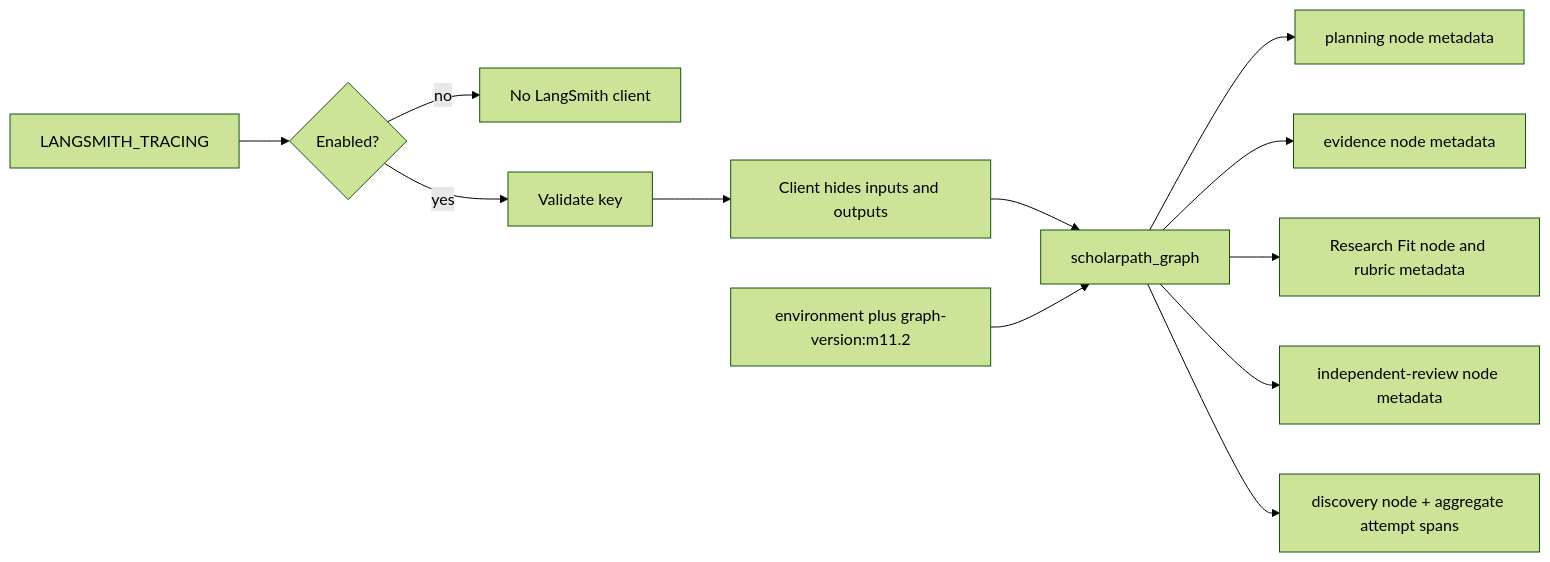
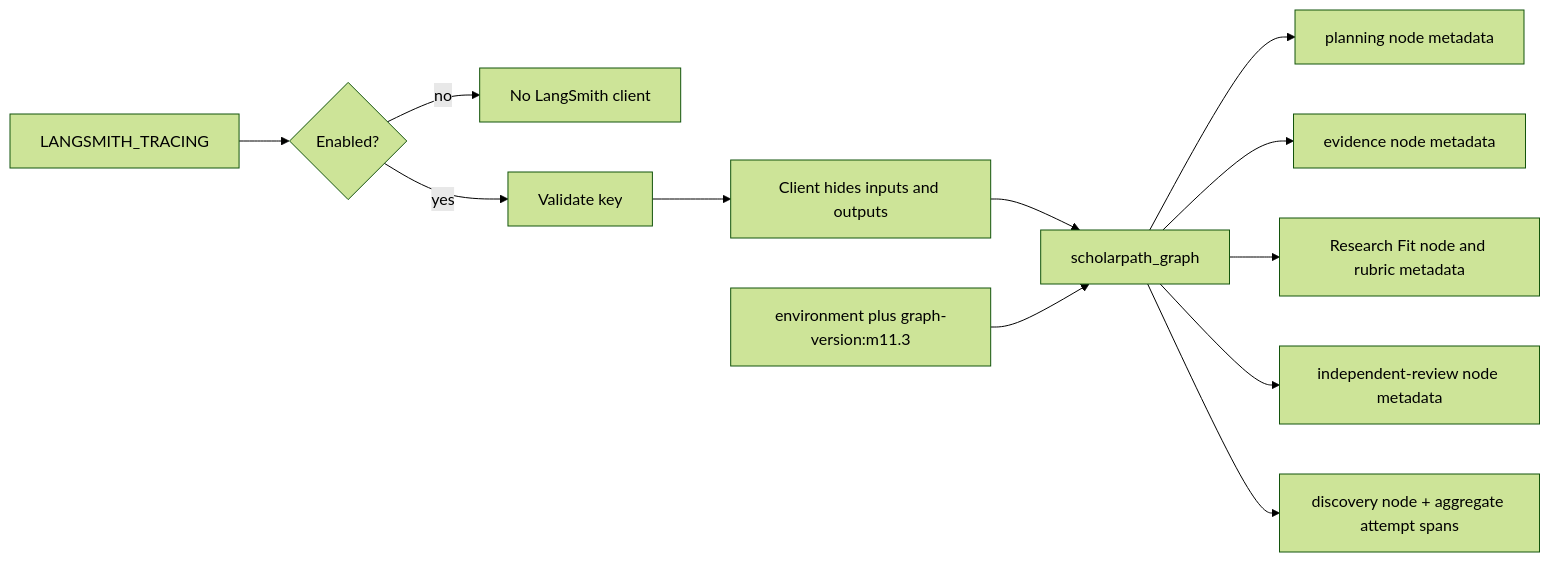
Diagram 21 of 23 in projects/scholar-path/docs/architecture.md (shanly-rajan/ai-builder), drawn with Mermaid (forest theme) before and after one commit. The commit also changed other lines of this file and 13 other files, not shown here.

````diff
--- a/projects/scholar-path/docs/architecture.md
+++ b/projects/scholar-path/docs/architecture.md
@@ -771,14 +829,14 @@
 ```mermaid
 flowchart LR
     Env[LANGSMITH_TRACING] --> Enabled{Enabled?}
     Enabled -->|no| Off[No LangSmith client]
     Enabled -->|yes| Key[Validate key]
     Key --> Client[Client hides inputs and outputs]
     Client --> Root[scholarpath_graph]
     Root --> PlanTrace[planning node metadata]
     Root --> EvidenceTrace[evidence node metadata]
     Root --> FitTrace[Research Fit node and rubric metadata]
     Root --> ReviewTrace[independent-review node metadata]
     Root --> Discovery[discovery node + aggregate attempt spans]
-    Tags[environment plus graph-version:m11.2] --> Root
+    Tags[environment plus graph-version:m11.3] --> Root
 ```
````
